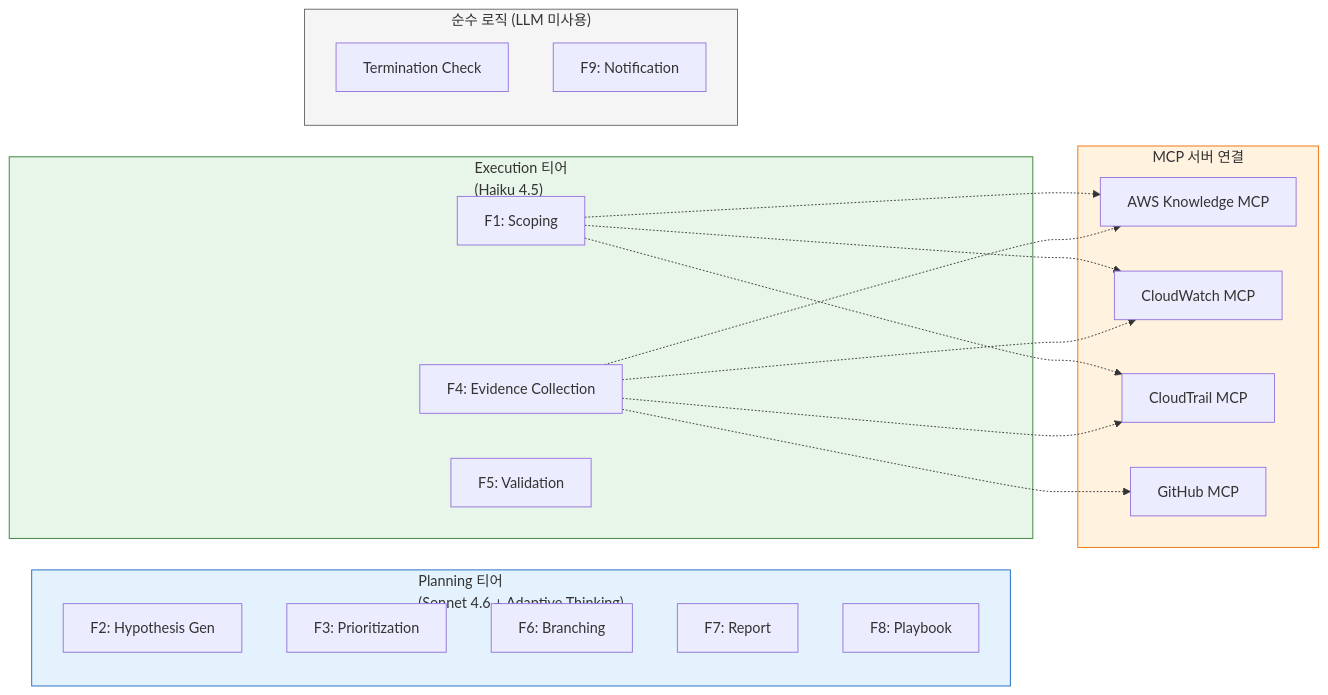
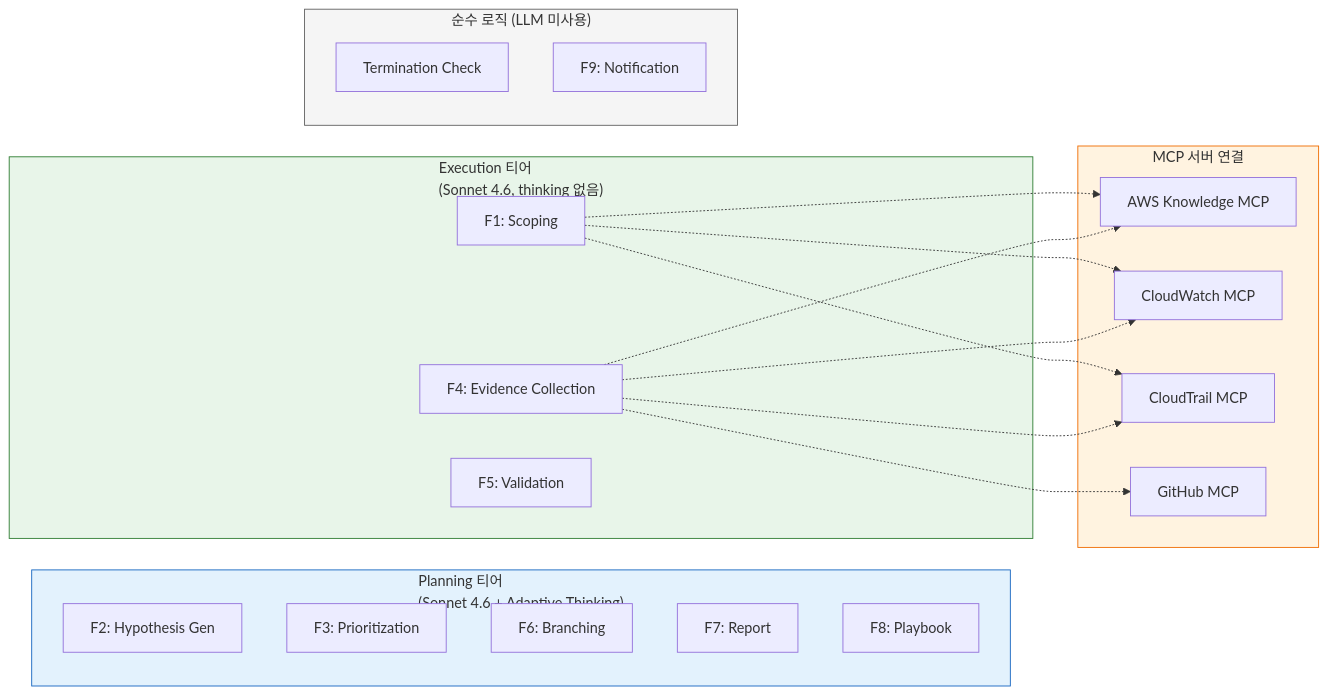
One commit to haandol/rca-agent changed the third of 7 diagrams in docs/architecture-and-demo-flow.md. Above: the diagram before and after it, drawn with Mermaid. The commit also changed other lines of this file and 9 other files, not shown here.

````diff
--- a/docs/architecture-and-demo-flow.md
+++ b/docs/architecture-and-demo-flow.md
@@ -193,36 +193,36 @@
 ```mermaid
 flowchart LR
     subgraph Planning["Planning 티어<br/>(Sonnet 4.6 + Adaptive Thinking)"]
         HYP["F2: Hypothesis Gen"]
         PRIO["F3: Prioritization"]
         BRANCH["F6: Branching"]
         REPORT["F7: Report"]
         PLAYBOOK["F8: Playbook"]
     end
 
-    subgraph Execution["Execution 티어<br/>(Haiku 4.5)"]
+    subgraph Execution["Execution 티어<br/>(Sonnet 4.6, thinking 없음)"]
         SCOPING["F1: Scoping"]
         EVIDENCE["F4: Evidence Collection"]
         VALIDATION["F5: Validation"]
     end
 
     subgraph NoLLM["순수 로직 (LLM 미사용)"]
         TERM["Termination Check"]
         NOTIF["F9: Notification"]
     end
 
     subgraph MCP["MCP 서버 연결"]
         AK["AWS Knowledge MCP"]
         CW["CloudWatch MCP"]
         CT["CloudTrail MCP"]
         GH["GitHub MCP"]
     end
 
     SCOPING -.-> AK & CW & CT
     EVIDENCE -.-> AK & CW & CT & GH
 
     style Planning fill:#e3f2fd,stroke:#1565c0
     style Execution fill:#e8f5e9,stroke:#2e7d32
     style NoLLM fill:#f5f5f5,stroke:#616161
     style MCP fill:#fff3e0,stroke:#ef6c00
 ```
````
